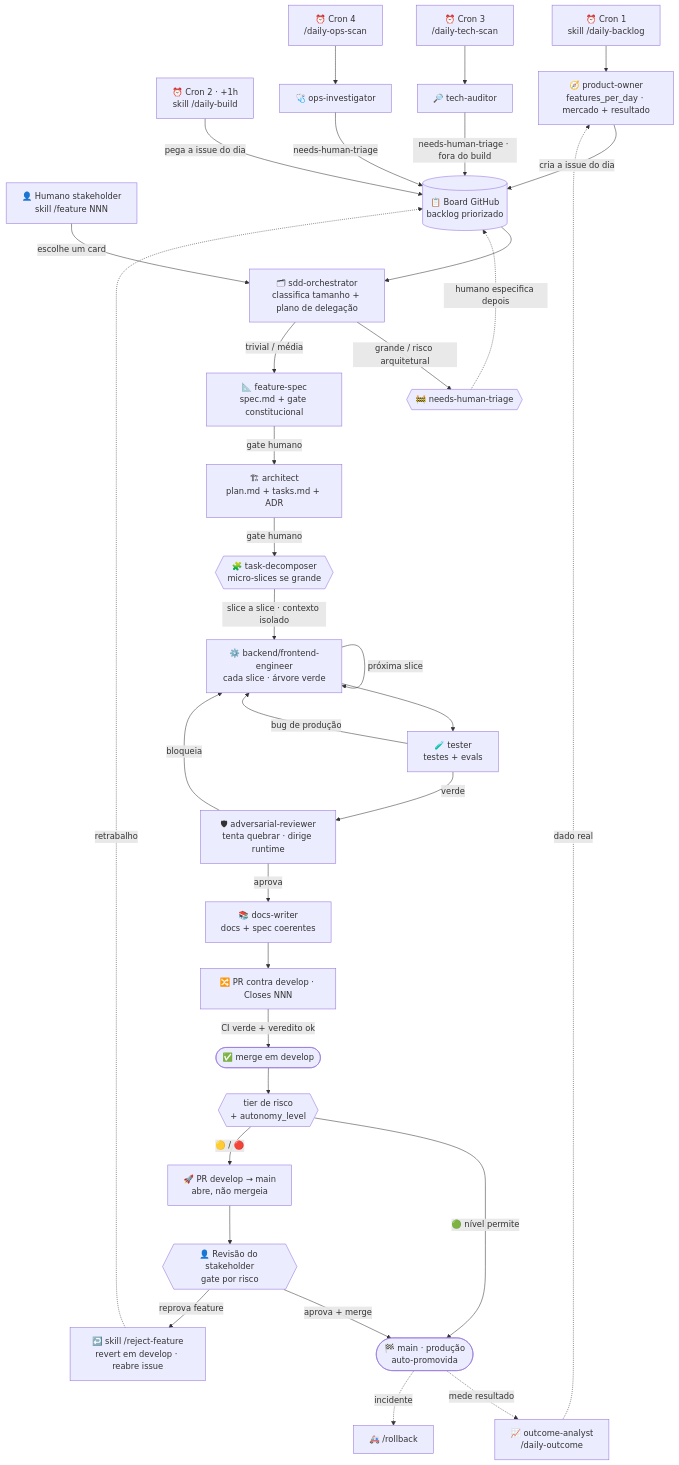
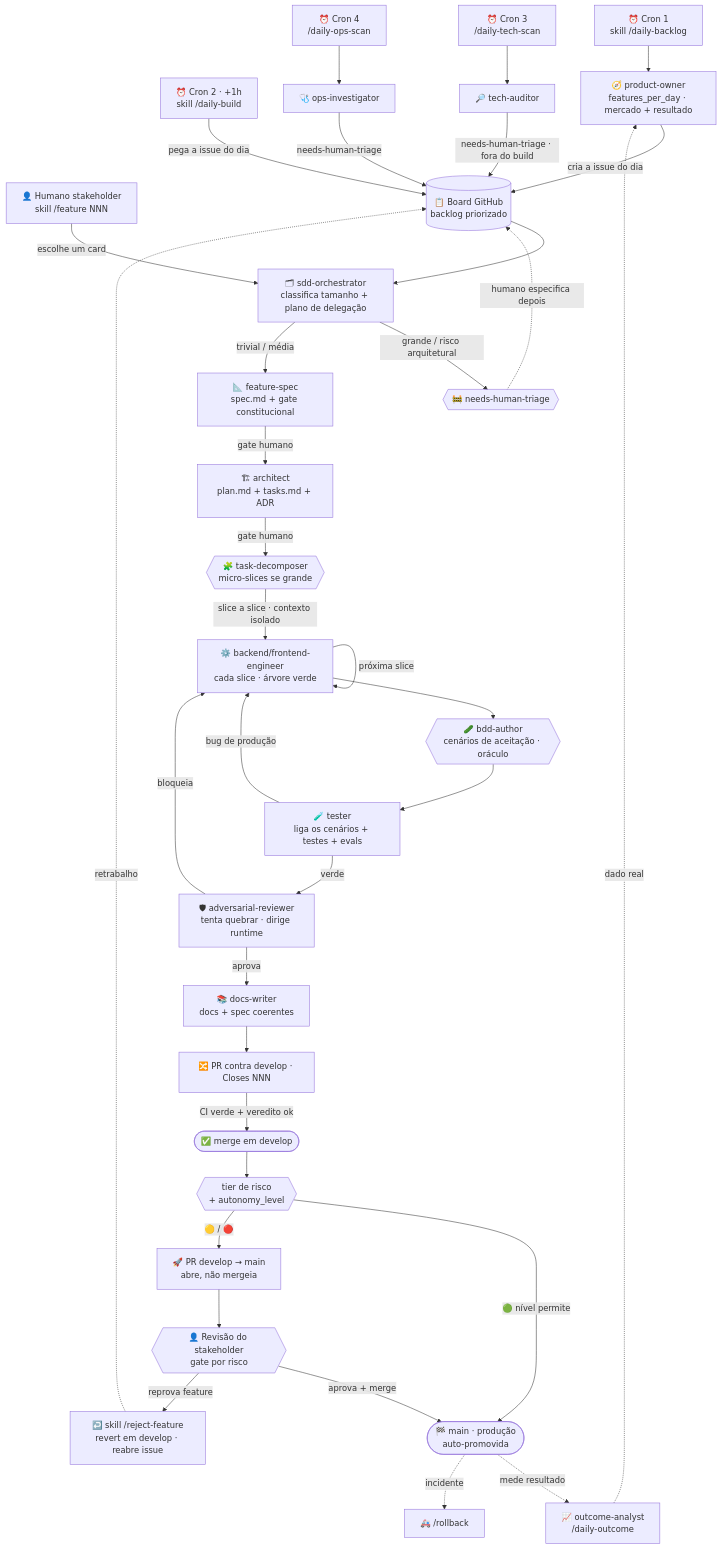
One commit to celfons/ai-first changed the diagram in .claude/agents/README.md. Above: the diagram before and after it, drawn with Mermaid. The commit also changed other lines of this file and 14 other files, not shown here.

````diff
--- a/.claude/agents/README.md
+++ b/.claude/agents/README.md
@@ -46,49 +47,50 @@
 ```mermaid
 flowchart TD
   CRONA["⏰ Cron 1<br/>skill /daily-backlog"]
   CRONB["⏰ Cron 2 · +1h<br/>skill /daily-build"]
   HUMAN["👤 Humano stakeholder<br/>skill /feature NNN"]
 
   CRONA --> PO["🧭 product-owner<br/>features_per_day · mercado + resultado"]
   PO -->|"cria a issue do dia"| BOARD[("📋 Board GitHub<br/>backlog priorizado")]
   CRONB -->|"pega a issue do dia"| BOARD
   BOARD --> ORCH
   HUMAN -->|"escolhe um card"| ORCH
 
   ORCH["🗂 sdd-orchestrator<br/>classifica tamanho + plano de delegação"]
   ORCH -->|"grande / risco arquitetural"| TRIAGE{{"🚧 needs-human-triage"}}
   ORCH -->|"trivial / média"| SPEC
 
   SPEC["📐 feature-spec<br/>spec.md + gate constitucional"] -->|"gate humano"| ARCH
   ARCH["🏗 architect<br/>plan.md + tasks.md + ADR"] -->|"gate humano"| DEC
   DEC{{"🧩 task-decomposer<br/>micro-slices se grande"}} -->|"slice a slice · contexto isolado"| BE
   BE["⚙️ backend/frontend-engineer<br/>cada slice · árvore verde"] -->|"próxima slice"| BE
-  BE --> TEST
-  TEST["🧪 tester<br/>testes + evals"]
+  BE --> BDD
+  BDD{{"🥒 bdd-author<br/>cenários de aceitação · oráculo"}} --> TEST
+  TEST["🧪 tester<br/>liga os cenários + testes + evals"]
   TEST -->|"bug de produção"| BE
   TEST -->|"verde"| ADV["🛡 adversarial-reviewer<br/>tenta quebrar · dirige runtime"]
   ADV -->|"bloqueia"| BE
   ADV -->|"aprova"| DOCS["📚 docs-writer<br/>docs + spec coerentes"]
   DOCS --> PRDEV["🔀 PR contra develop · Closes NNN"]
 
   PRDEV -->|"CI verde + veredito ok"| MERGEDEV(["✅ merge em develop"])
   MERGEDEV --> TIER{{"tier de risco<br/>+ autonomy_level"}}
   TIER -->|"🟢 nível permite"| PROD(["🏁 main · produção<br/>auto-promovida"])
   TIER -->|"🟡 / 🔴"| PROM["🚀 PR develop → main<br/>abre, não mergeia"]
   PROM --> REVIEW{{"👤 Revisão do stakeholder<br/>gate por risco"}}
   REVIEW -->|"aprova + merge"| PROD
   REVIEW -->|"reprova feature"| REJECT["↩️ skill /reject-feature<br/>revert em develop · reabre issue"]
   PROD -.->|"mede resultado"| OUT["📈 outcome-analyst<br/>/daily-outcome"]
   OUT -.->|"dado real"| PO
   PROD -.->|"incidente"| ROLL["🚑 /rollback"]
 
   REJECT -.->|"retrabalho"| BOARD
   TRIAGE -.->|"humano especifica depois"| BOARD
 
   CRONC["⏰ Cron 3<br/>/daily-tech-scan"]
   CRONC --> TA["🔎 tech-auditor"]
   TA -->|"needs-human-triage · fora do build"| BOARD
   CROND["⏰ Cron 4<br/>/daily-ops-scan"]
   CROND --> OI["🩺 ops-investigator"]
   OI -->|"needs-human-triage"| BOARD
 ```
````
